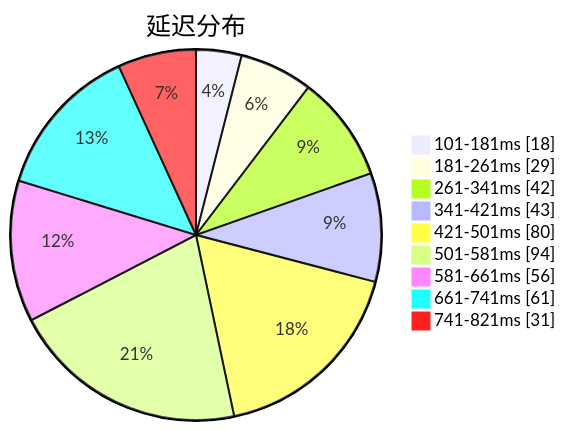
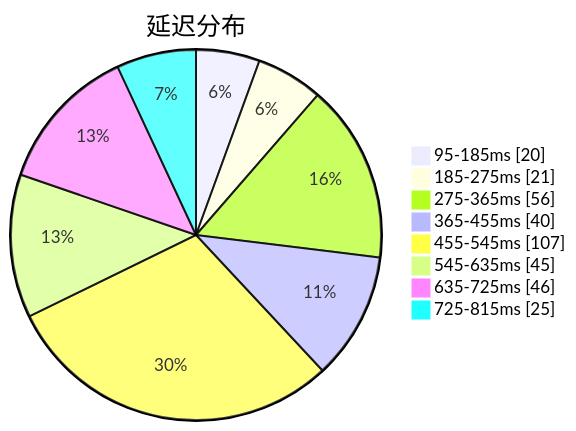
Before and after one commit to sinspired/airport: the first of 3 diagrams in subs/statistics/tested_within.md, drawn with Mermaid. The commit also changed other lines of this file and 2 other files, not shown here.

````diff
--- a/subs/statistics/tested_within.md
+++ b/subs/statistics/tested_within.md
@@ -2,13 +2,12 @@
 ```mermaid
 pie showData
 title 延迟分布
-"101-181ms" : 18
-"181-261ms" : 29
-"261-341ms" : 42
-"341-421ms" : 43
-"421-501ms" : 80
-"501-581ms" : 94
-"581-661ms" : 56
-"661-741ms" : 61
-"741-821ms" : 31
+"95-185ms" : 20
+"185-275ms" : 21
+"275-365ms" : 56
+"365-455ms" : 40
+"455-545ms" : 107
+"545-635ms" : 45
+"635-725ms" : 46
+"725-815ms" : 25
 ```
````
